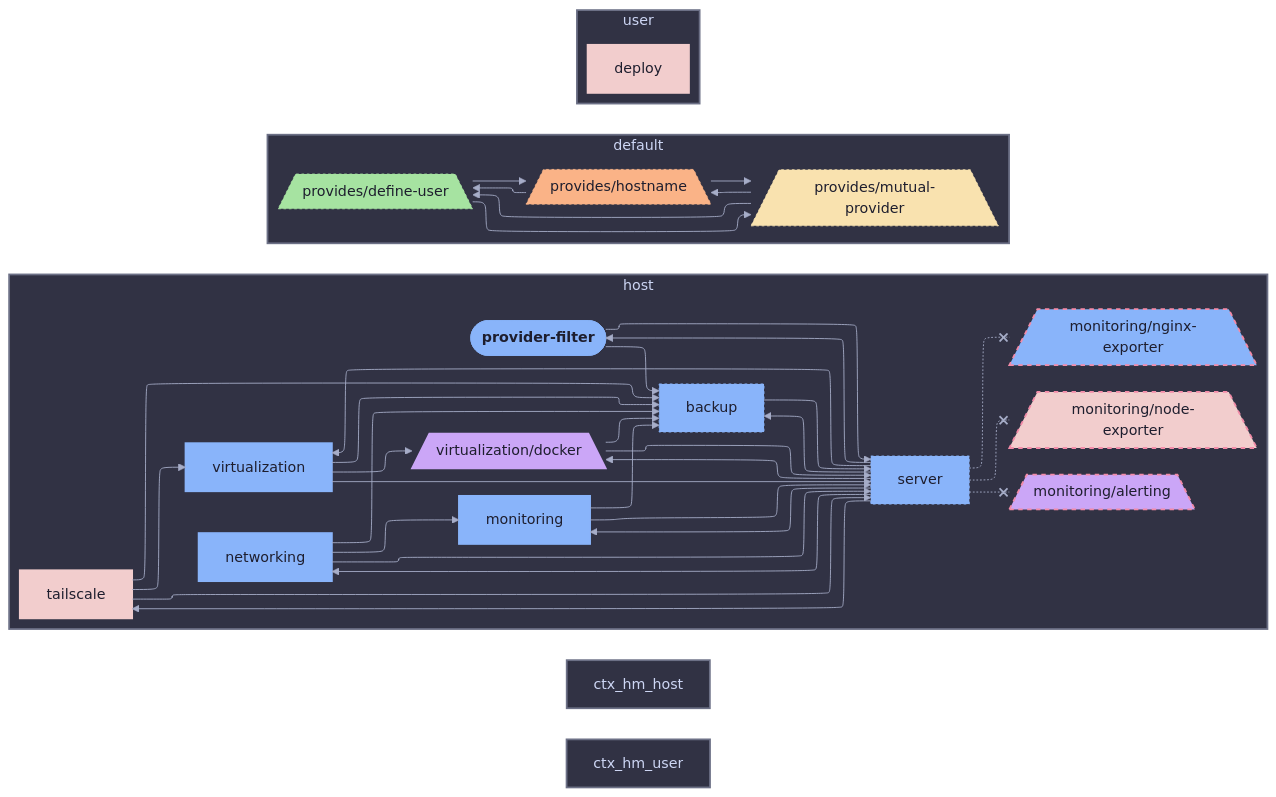
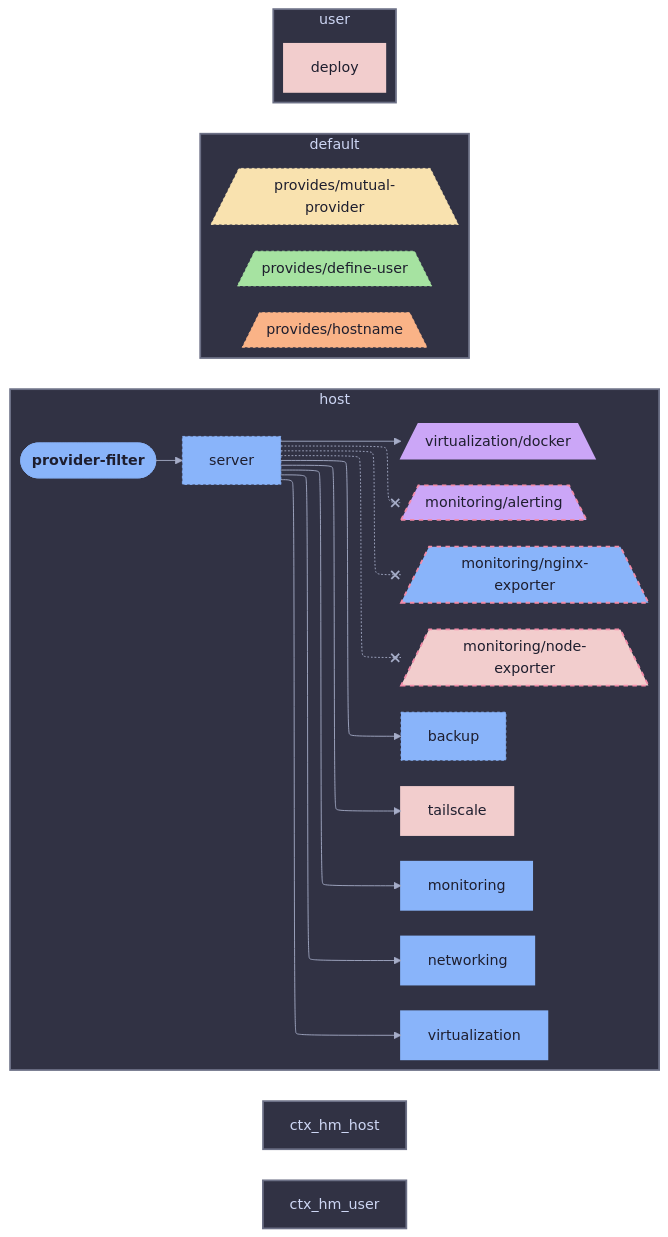
The diagram in templates/diag-fx-demo/diagrams/provider-filter-aspects.md (sini/den), drawn with Mermaid before and after one commit. The commit also changed 849 other files, not shown here.

Commit message:
chore: update fx diagrams

````diff
--- a/templates/diag-fx-demo/diagrams/provider-filter-aspects.md
+++ b/templates/diag-fx-demo/diagrams/provider-filter-aspects.md
@@ -5,82 +5,61 @@
 ```mermaid
 %%{init: {"elk":{"mergeEdges":true,"nodePlacementStrategy":"BRANDES_KOEPF"},"layout":"elk","theme":"base","themeVariables":{"activationBkgColor":"#313244","activationBorderColor":"#6c7086","actorBkg":"#313244","actorBorder":"#a6adc8","actorLineColor":"#a6adc8","actorTextColor":"#cdd6f4","background":"#1e1e2e","classText":"#cdd6f4","clusterBkg":"#313244","clusterBorder":"#6c7086","edgeLabelBackground":"#1e1e2e","labelBoxBkgColor":"#313244","labelBoxBorderColor":"#a6adc8","labelTextColor":"#cdd6f4","lineColor":"#a6adc8","loopTextColor":"#cdd6f4","mainBkg":"#313244","nodeBkg":"#313244","nodeBorder":"#a6adc8","nodeTextColor":"#cdd6f4","noteBkgColor":"#313244","noteBorderColor":"#6c7086","noteTextColor":"#cdd6f4","pie1":"#f38ba8","pie2":"#fab387","pie3":"#f9e2af","pie4":"#a6e3a1","pie5":"#94e2d5","pie6":"#89b4fa","pie7":"#cba6f7","pie8":"#f2cdcd","pieLegendTextColor":"#cdd6f4","pieOuterStrokeColor":"#6c7086","pieSectionTextColor":"#cdd6f4","pieStrokeColor":"#6c7086","pieTitleTextColor":"#cdd6f4","primaryBorderColor":"#a6adc8","primaryColor":"#313244","primaryTextColor":"#cdd6f4","secondBkg":"#313244","secondaryBorderColor":"#6c7086","secondaryColor":"#313244","secondaryTextColor":"#cdd6f4","sequenceNumberColor":"#1e1e2e","signalColor":"#a6adc8","signalTextColor":"#cdd6f4","tertiaryBorderColor":"#6c7086","tertiaryColor":"#313244","tertiaryTextColor":"#cdd6f4","textColor":"#cdd6f4","titleColor":"#cdd6f4"}}}%%
 graph LR
   provider_filter([provider-filter]):::root
 
   subgraph ctx_host["host"]
   monitoring__alerting[/"monitoring/alerting"\]:::monitoring__alerting_c
   backup["backup"]:::backup_c
   virtualization__docker[/"virtualization/docker"\]:::virtualization__docker_c
   monitoring["monitoring"]:::monitoring_c
   networking["networking"]:::networking_c
   monitoring__nginx_exporter[/"monitoring/nginx-exporter"\]:::monitoring__nginx_exporter_c
   monitoring__node_exporter[/"monitoring/node-exporter"\]:::monitoring__node_exporter_c
   server["server"]:::server_c
   tailscale["tailscale"]:::tailscale_c
   virtualization["virtualization"]:::virtualization_c
-  backup --> server
-  monitoring --> backup
-  networking --> backup
-  provider_filter --> backup
+  provider_filter --> server
+  server -.-x monitoring__alerting
   server --> backup
-  tailscale --> backup
-  virtualization --> backup
-  virtualization__docker --> backup
-  monitoring --> server
-  networking --> server
-  provider_filter --> server
-  tailscale --> server
-  virtualization --> server
-  virtualization__docker --> server
-  networking --> monitoring
-  server -.-x monitoring__alerting
   server --> virtualization__docker
   server --> monitoring
   server --> networking
   server -.-x monitoring__nginx_exporter
   server -.-x monitoring__node_exporter
-  server --> provider_filter
   server --> tailscale
   server --> virtualization
-  tailscale --> virtualization
-  virtualization --> virtualization__docker
   end
   subgraph ctx_default["default"]
   den__provides__define_user[/"provides/define-user"\]:::den__provides__define_user_c
   den__provides__hostname[/"provides/hostname"\]:::den__provides__hostname_c
   den__provides__mutual_provider[/"provides/mutual-provider"\]:::den__provides__mutual_provider_c
-  den__provides__mutual_provider --> den__provides__define_user
-  den__provides__mutual_provider --> den__provides__hostname
-  den__provides__hostname --> den__provides__define_user
-  den__provides__define_user --> den__provides__hostname
-  den__provides__define_user --> den__provides__mutual_provider
-  den__provides__hostname --> den__provides__mutual_provider
+
   end
   subgraph ctx_user["user"]
   deploy["deploy"]:::deploy_c
 
   end
 
 
   classDef root fill:#89b4fa,stroke:#89b4fa,color:#1e1e2e,font-weight:bold
   classDef monitoring__alerting_c fill:#cba6f7,stroke:#f38ba8,color:#1e1e2e,stroke-dasharray: 5 5,stroke-width:2px
   classDef backup_c fill:#89b4fa,stroke:#89b4fa,color:#1e1e2e,stroke-dasharray: 3 3,stroke-width:1px
   classDef den__provides__define_user_c fill:#a6e3a1,stroke:#a6e3a1,color:#1e1e2e,stroke-dasharray: 3 3,stroke-width:1px
   classDef deploy_c fill:#f2cdcd,stroke:#f2cdcd,color:#1e1e2e,stroke-width:2px
   classDef virtualization__docker_c fill:#cba6f7,stroke:#cba6f7,color:#1e1e2e,stroke-width:2px
   classDef den__provides__hostname_c fill:#fab387,stroke:#fab387,color:#1e1e2e,stroke-dasharray: 3 3,stroke-width:1px
   classDef monitoring_c fill:#89b4fa,stroke:#89b4fa,color:#1e1e2e,stroke-width:2px
   classDef den__provides__mutual_provider_c fill:#f9e2af,stroke:#f9e2af,color:#1e1e2e,stroke-dasharray: 3 3,stroke-width:1px
   classDef networking_c fill:#89b4fa,stroke:#89b4fa,color:#1e1e2e,stroke-width:2px
   classDef monitoring__nginx_exporter_c fill:#89b4fa,stroke:#f38ba8,color:#1e1e2e,stroke-dasharray: 5 5,stroke-width:2px
   classDef monitoring__node_exporter_c fill:#f2cdcd,stroke:#f38ba8,color:#1e1e2e,stroke-dasharray: 5 5,stroke-width:2px
-  classDef provider_filter_c fill:#89b4fa,stroke:#89b4fa,color:#1e1e2e,stroke-width:3px
+  classDef provider_filter_c fill:#89b4fa,stroke:#89b4fa,color:#1e1e2e,stroke-width:2px
   classDef server_c fill:#89b4fa,stroke:#89b4fa,color:#1e1e2e,stroke-dasharray: 3 3,stroke-width:1px
   classDef tailscale_c fill:#f2cdcd,stroke:#f2cdcd,color:#1e1e2e,stroke-width:2px
   classDef virtualization_c fill:#89b4fa,stroke:#89b4fa,color:#1e1e2e,stroke-width:2px
 style ctx_host fill:#313244,stroke:#6c7086,stroke-width:2px
 style ctx_default fill:#313244,stroke:#6c7086,stroke-width:2px
 style ctx_hm_host fill:#313244,stroke:#6c7086,stroke-width:2px
 style ctx_hm_user fill:#313244,stroke:#6c7086,stroke-width:2px
 style ctx_user fill:#313244,stroke:#6c7086,stroke-width:2px
 ```
````
